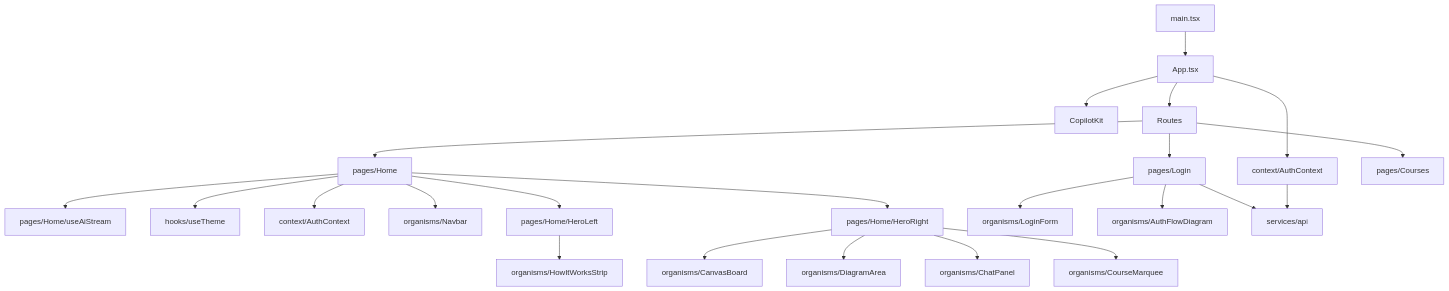
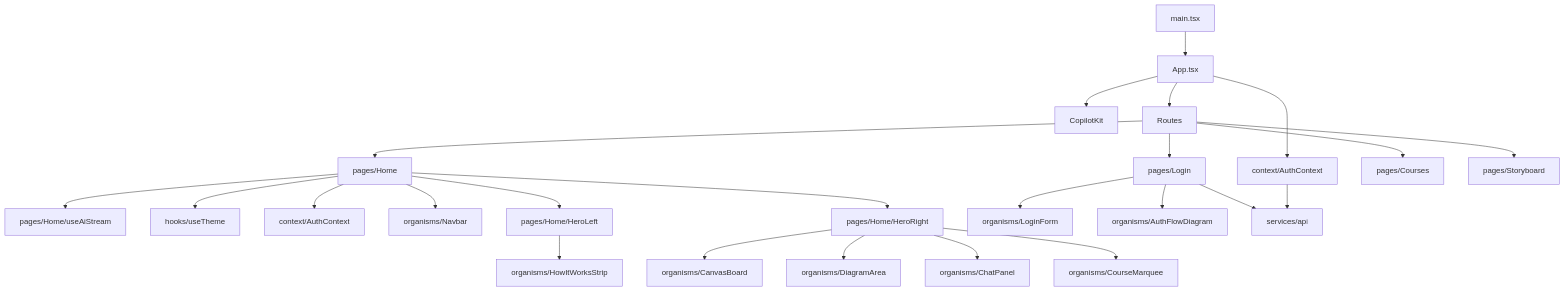
One commit to dhruva-nu/Project-hannibal changed the diagram in hannibal-vault/frontend/00 - Frontend Overview.md. Above: the diagram before and after it, drawn with Mermaid. The commit also changed other lines of this file and 2 other files, not shown here.

````diff
--- a/hannibal-vault/frontend/00 - Frontend Overview.md
+++ b/hannibal-vault/frontend/00 - Frontend Overview.md
@@ -15,30 +15,31 @@
 ```mermaid
 flowchart TD
     main[main.tsx] --> App[App.tsx]
     App --> AuthProvider[context/AuthContext]
     App --> CopilotKit
     App --> Routes
     Routes --> Login[pages/Login]
     Routes --> Home[pages/Home]
     Routes --> Courses[pages/Courses]
+    Routes --> Storyboard[pages/Storyboard]
 
     Home --> useAiStream[pages/Home/useAiStream]
     Home --> useTheme[hooks/useTheme]
     Home --> useAuth[context/AuthContext]
     Home --> Navbar[organisms/Navbar]
     Home --> HeroLeft[pages/Home/HeroLeft]
     Home --> HeroRight[pages/Home/HeroRight]
 
     Login --> LoginForm[organisms/LoginForm]
     Login --> AuthFlowDiagram[organisms/AuthFlowDiagram]
     Login --> api[services/api]
 
     AuthProvider --> api
 
     HeroRight --> CanvasBoard[organisms/CanvasBoard]
     HeroRight --> DiagramArea[organisms/DiagramArea]
     HeroRight --> ChatPanel[organisms/ChatPanel]
     HeroRight --> CourseMarquee[organisms/CourseMarquee]
 
     HeroLeft --> HowItWorksStrip[organisms/HowItWorksStrip]
 ```
````
